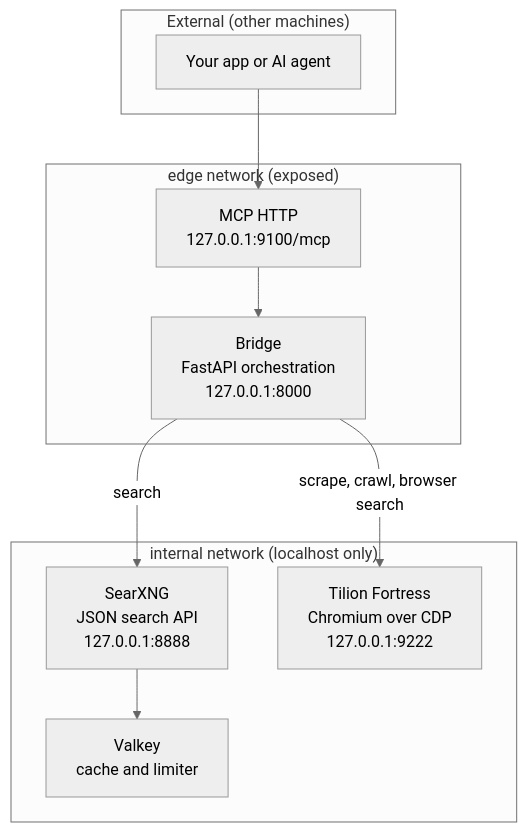
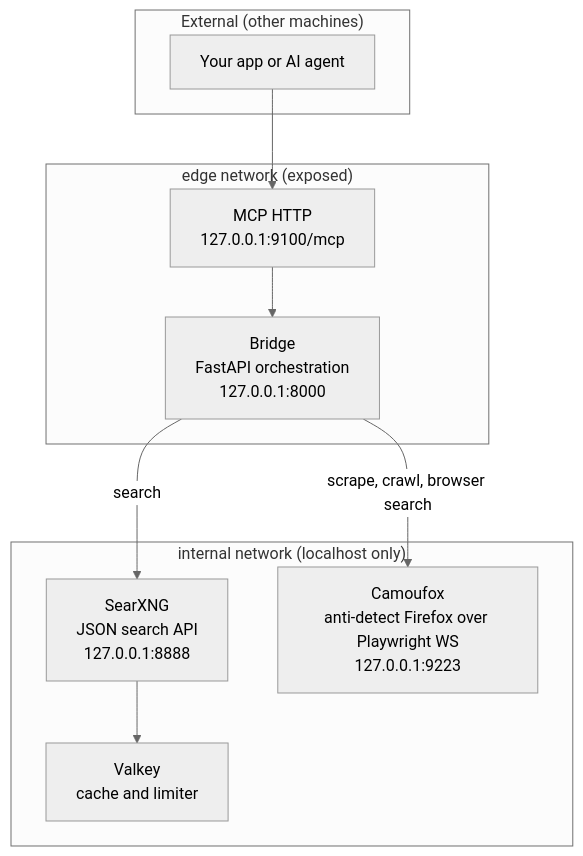
The first of 2 diagrams in README.md (kiuckhuang/web-scraping), drawn with Mermaid (neutral theme) before and after one commit. The commit also changed other lines of this file and 18 other files, not shown here.

````diff
--- a/README.md
+++ b/README.md
@@ -25,21 +25,21 @@
 ```mermaid
 flowchart TB
     subgraph external["External (other machines)"]
         client["Your app or AI agent"]
     end
     subgraph edge["edge network (exposed)"]
         mcp["MCP HTTP\n127.0.0.1:9100/mcp"]
         bridge["Bridge\nFastAPI orchestration\n127.0.0.1:8000"]
     end
     subgraph internal["internal network (localhost only)"]
         searx["SearXNG\nJSON search API\n127.0.0.1:8888"]
-        fortress["Tilion Fortress\nChromium over CDP\n127.0.0.1:9222"]
+        camoufox["Camoufox\nanti-detect Firefox over Playwright WS\n127.0.0.1:9223"]
         valkey["Valkey\ncache and limiter"]
     end
 
     client --> mcp
     mcp --> bridge
     bridge -->|search| searx
-    bridge -->|scrape, crawl, browser search| fortress
+    bridge -->|scrape, crawl, browser search| camoufox
     searx --> valkey
 ```
````
